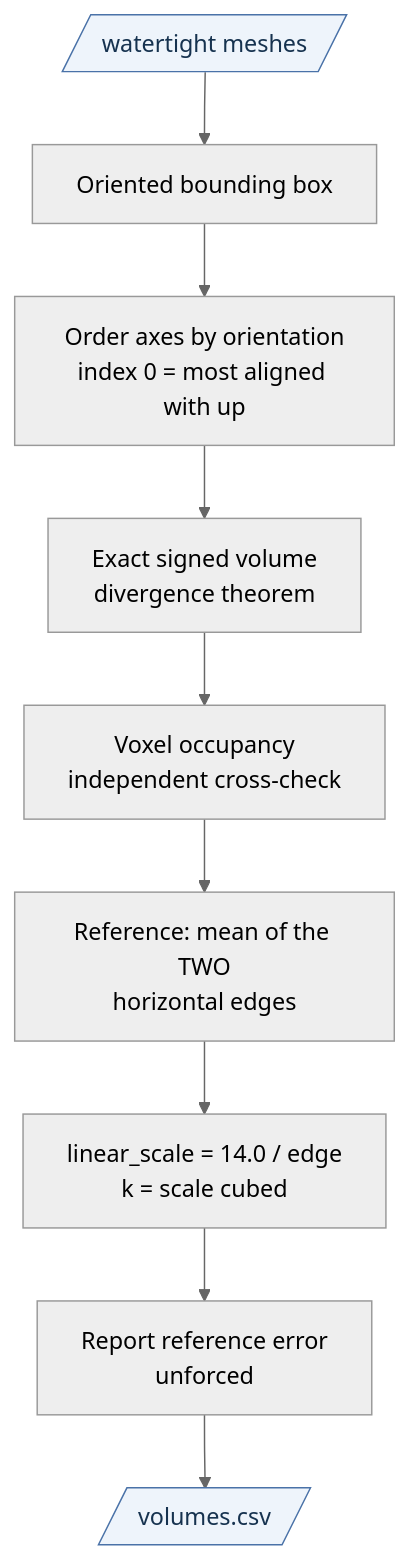
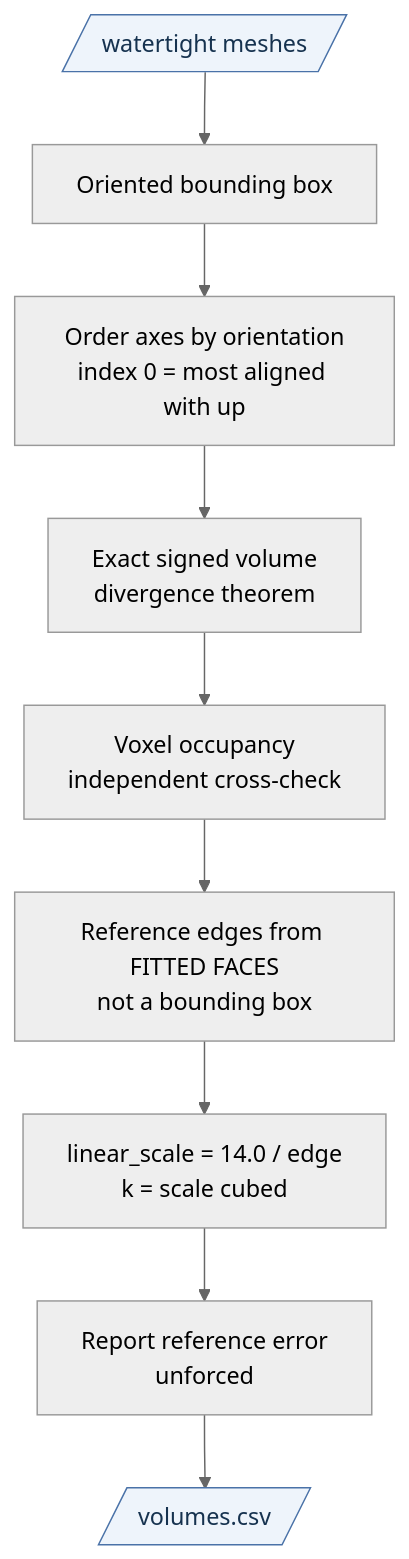
The sixth of 8 diagrams in docs/pipeline_flowchart.md (k-pkp/senior), drawn with Mermaid (neutral theme) before and after one commit. The commit also changed other lines of this file and 25 other files, not shown here.

````diff
--- a/docs/pipeline_flowchart.md
+++ b/docs/pipeline_flowchart.md
@@ -265,16 +265,16 @@
 ```mermaid
 flowchart TD
     IN[/"watertight meshes"/]:::file
     V1["Oriented bounding box"]
     V2["Order axes by orientation<br/>index 0 = most aligned with up"]
     V3["Exact signed volume<br/>divergence theorem"]
     V4["Voxel occupancy<br/>independent cross-check"]
-    V5["Reference: mean of the TWO<br/>horizontal edges"]
+    V5["Reference edges from FITTED FACES<br/>not a bounding box"]
     V6["linear_scale = 14.0 / edge<br/>k = scale cubed"]
     V7["Report reference error<br/>unforced"]
     OUT[/"volumes.csv"/]:::file
 
     IN --> V1 --> V2 --> V3 --> V4 --> V5 --> V6 --> V7 --> OUT
 
     classDef file fill:#eef4fb,stroke:#4a72a8,color:#16324f
 ```
````
